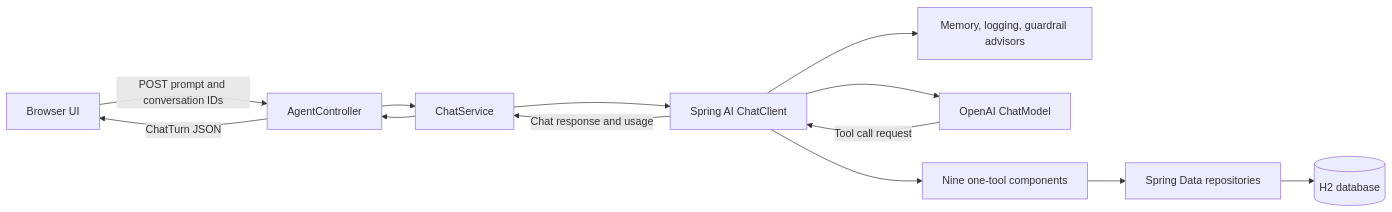
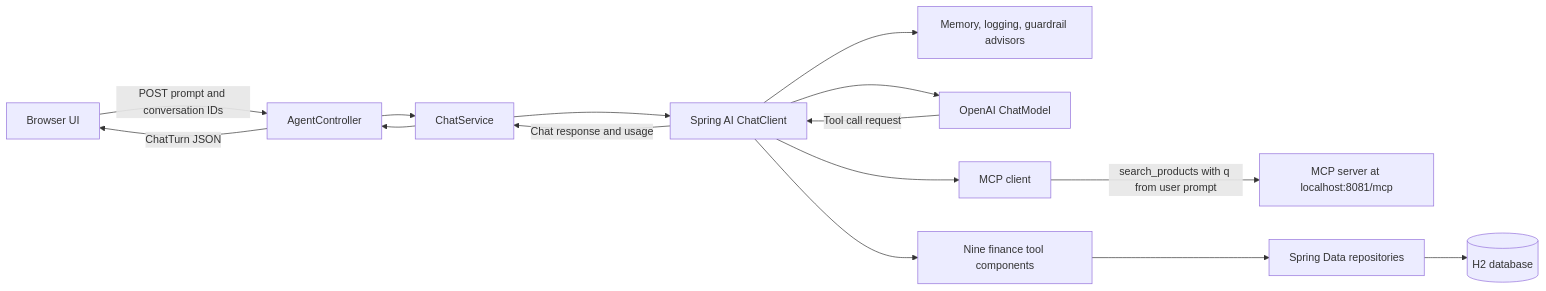
One commit to wagner-wutzke/expenses-agent changed the diagram in README.md. Above: the diagram before and after it, drawn with Mermaid. The commit also changed other lines of this file and 12 other files, not shown here.

````diff
--- a/README.md
+++ b/README.md
@@ -39,15 +41,17 @@
 ```mermaid
 flowchart LR
     Browser[Browser UI] -->|POST prompt and conversation IDs| Controller[AgentController]
     Controller --> Service[ChatService]
     Service --> Client[Spring AI ChatClient]
     Client --> Advisors[Memory, logging, guardrail advisors]
     Client --> Model[OpenAI ChatModel]
     Model -->|Tool call request| Client
-    Client --> Tools[Nine one-tool components]
+    Client --> Tools[Nine finance tool components]
+    Client --> MCP[MCP client]
+    MCP -->|search_products with q from user prompt| MCPServer[MCP server at localhost:8081/mcp]
     Tools --> Repositories[Spring Data repositories]
     Repositories --> Database[(H2 database)]
     Client -->|Chat response and usage| Service
     Service --> Controller
     Controller -->|ChatTurn JSON| Browser
 ```
````
